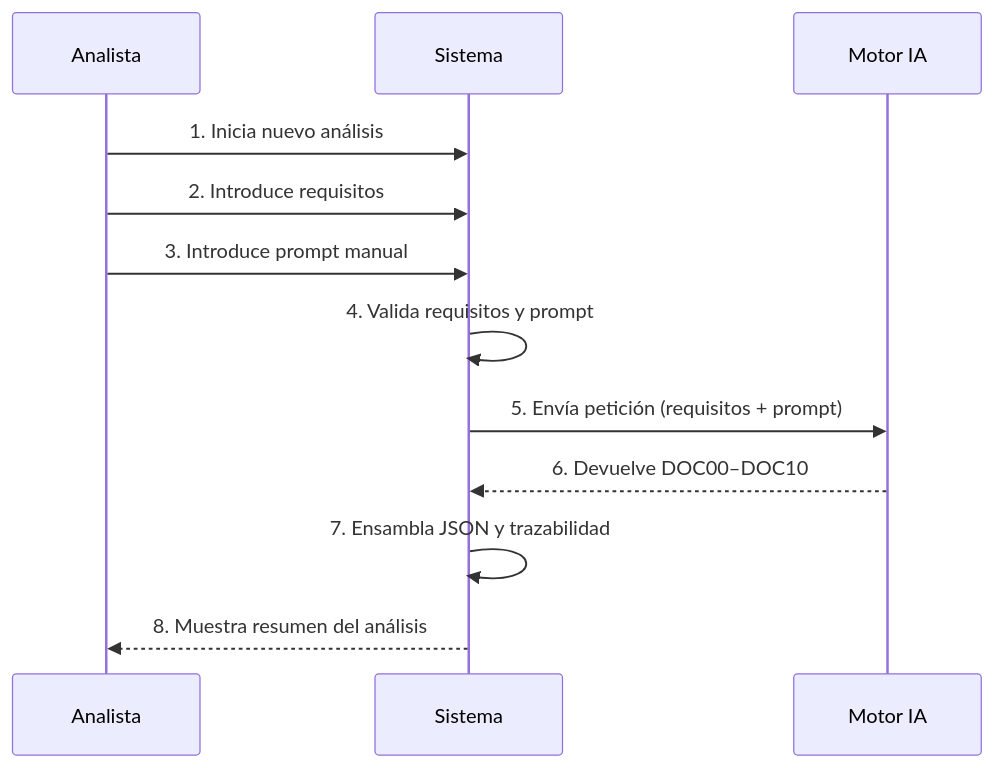
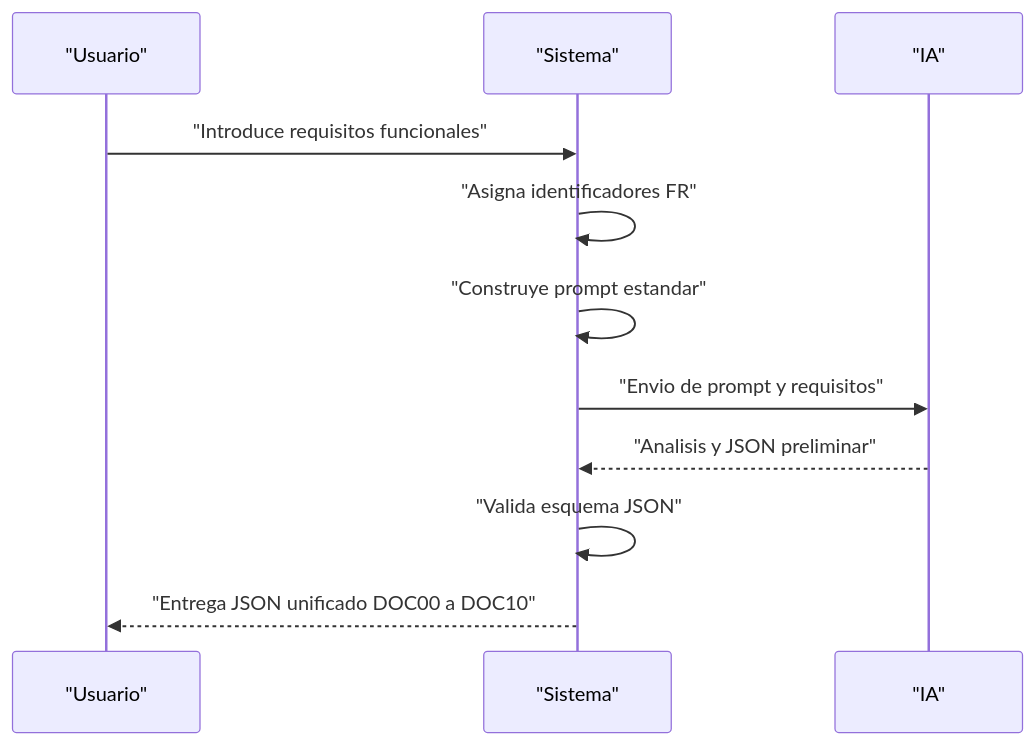
Before and after one commit to essancv/training: the first of 3 diagrams in analysis_ia_sesgo/DOC3_BUSINESS_FLOWS.md, drawn with Mermaid. The commit also changed other lines of this file, not shown here.

````diff
--- a/analysis_ia_sesgo/DOC3_BUSINESS_FLOWS.md
+++ b/analysis_ia_sesgo/DOC3_BUSINESS_FLOWS.md
@@ -31,15 +26,14 @@
 ```mermaid
 sequenceDiagram
-  participant A as Analista
-  participant S as Sistema
-  participant IA as Motor IA
+  participant USER as "Usuario"
+  participant SYSTEM as "Sistema"
+  participant IA as "IA"
 
-  A->>S: 1. Inicia nuevo análisis
-  A->>S: 2. Introduce requisitos
-  A->>S: 3. Introduce prompt manual
-  S->>S: 4. Valida requisitos y prompt
-  S->>IA: 5. Envía petición (requisitos + prompt)
-  IA-->>S: 6. Devuelve DOC00–DOC10
-  S->>S: 7. Ensambla JSON y trazabilidad
-  S-->>A: 8. Muestra resumen del análisis
+  USER->>SYSTEM: "Introduce requisitos funcionales"
+  SYSTEM->>SYSTEM: "Asigna identificadores FR"
+  SYSTEM->>SYSTEM: "Construye prompt estandar"
+  SYSTEM->>IA: "Envio de prompt y requisitos"
+  IA-->>SYSTEM: "Analisis y JSON preliminar"
+  SYSTEM->>SYSTEM: "Valida esquema JSON"
+  SYSTEM-->>USER: "Entrega JSON unificado DOC00 a DOC10"
 ```
````
